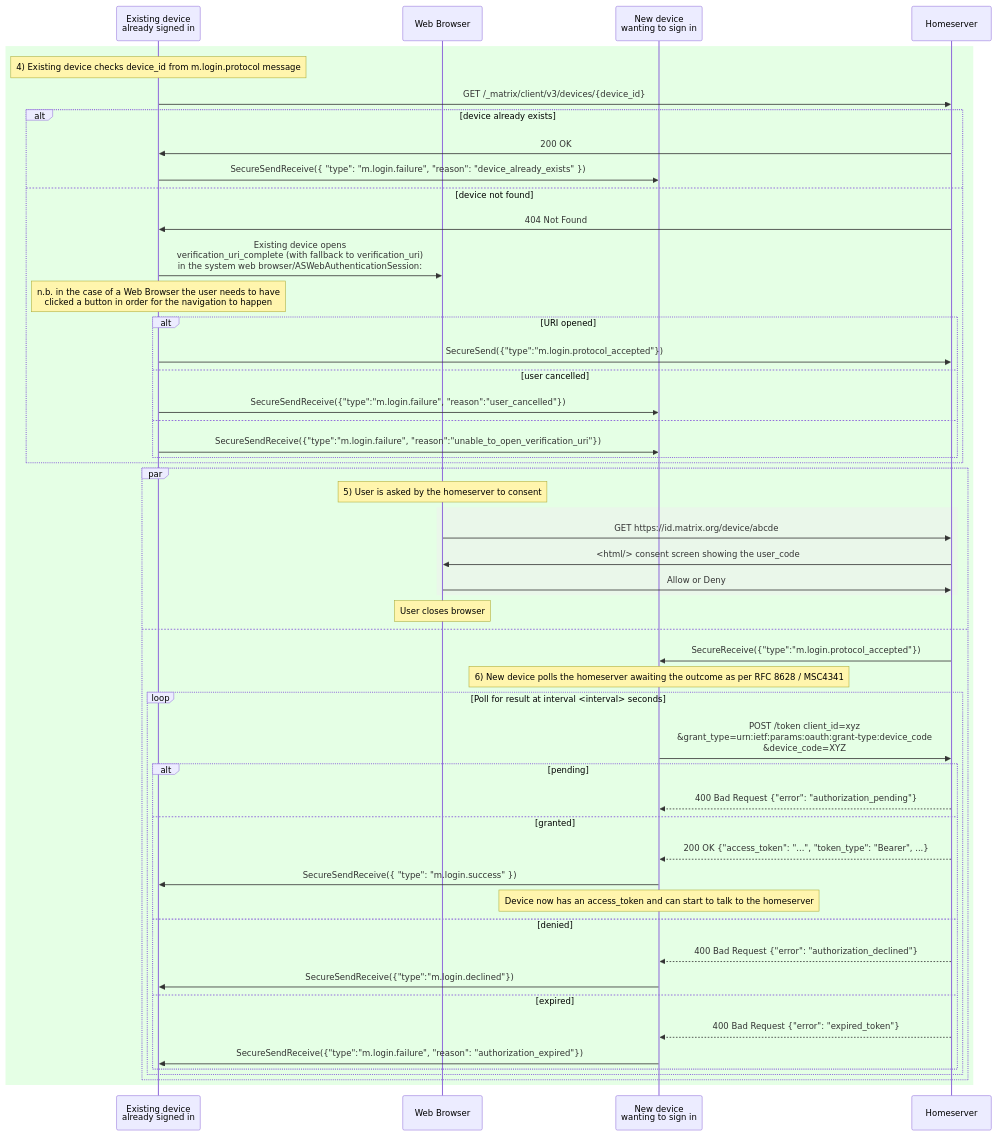
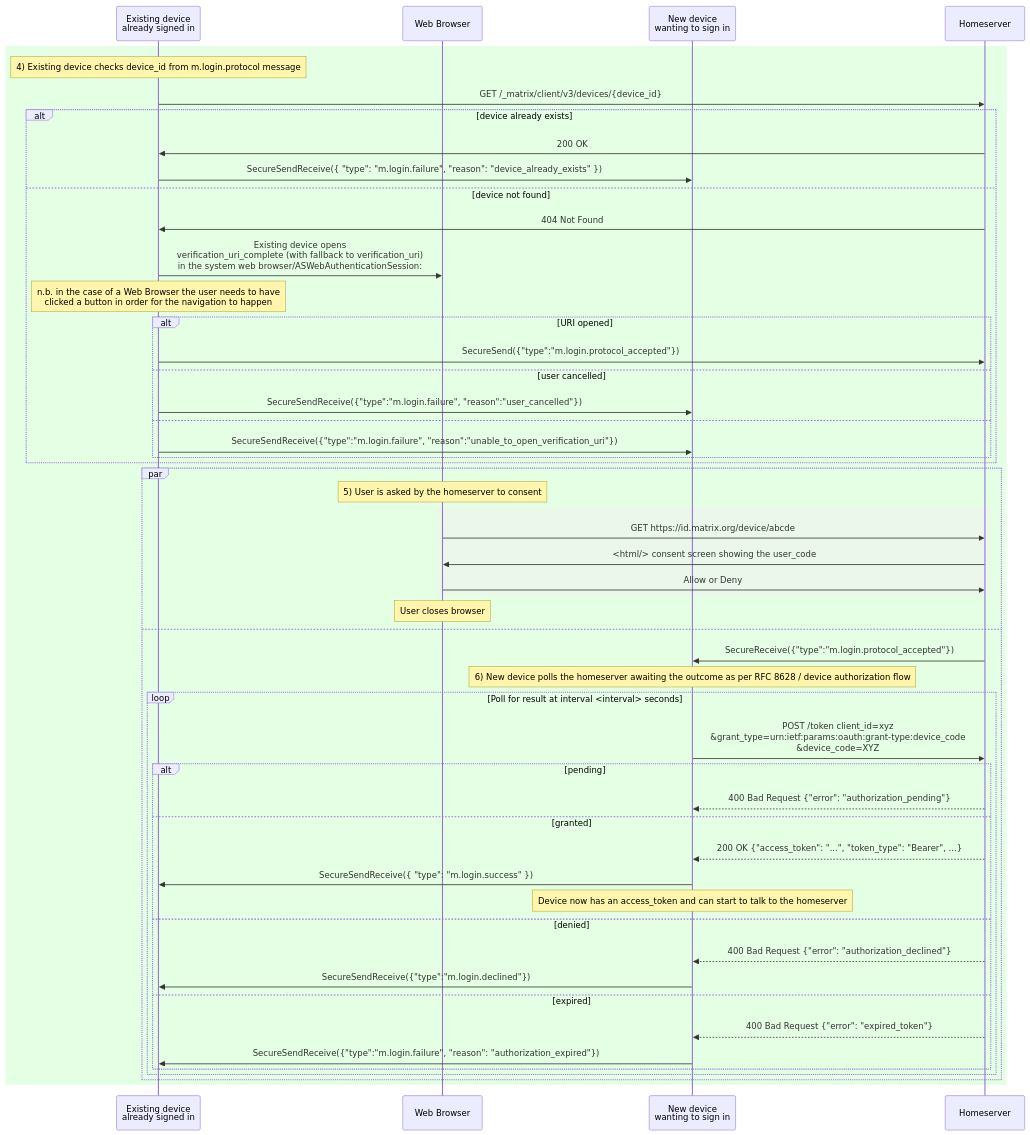
One commit to matrix-org/matrix-spec-proposals changed the fourth of 5 diagrams in proposals/4108-oidc-qr-login.md. Above: the diagram before and after it, drawn with Mermaid. The commit also changed other lines of this file, not shown here.

Commit message:
MSC4341 has been merged an device authorization flow is in the spec

````diff
--- a/proposals/4108-oidc-qr-login.md
+++ b/proposals/4108-oidc-qr-login.md
@@ -459,55 +459,55 @@
 ```mermaid
 sequenceDiagram
     participant E as Existing device <br>already signed in
     participant UA as Web Browser
     participant N as New device <br>wanting to sign in
     participant HS as Homeserver
 
     rect rgba(0,255,0, 0.1)
         note over E: 4) Existing device checks device_id from m.login.protocol message
         E->>HS: GET /_matrix/client/v3/devices/{device_id}
         alt device already exists
             HS->>E: 200 OK
             E->>N: SecureSendReceive({ "type": "m.login.failure", "reason": "device_already_exists" })
         else device not found
             HS->>E: 404 Not Found
             E->>UA: Existing device opens <br>verification_uri_complete (with fallback to verification_uri)<br> in the system web browser/ASWebAuthenticationSession:
             Note over E: n.b. in the case of a Web Browser the user needs to have<br> clicked a button in order for the navigation to happen
             alt URI opened
                 E->>HS: SecureSend({"type":"m.login.protocol_accepted"})
             else user cancelled
                 E->>N: SecureSendReceive({"type":"m.login.failure", "reason":"user_cancelled"})
             else
                 E->>N: SecureSendReceive({"type":"m.login.failure", "reason":"unable_to_open_verification_uri"})
             end
         end
         par
             Note over UA: 5) User is asked by the homeserver to consent
             rect rgba(240,240,240,0.5)
                 UA->>HS: GET https://id.matrix.org/device/abcde
                 HS->>UA: <html/> consent screen showing the user_code
                 UA->>HS: Allow or Deny
             end
             Note over UA: User closes browser
         and
             HS->>N: SecureReceive({"type":"m.login.protocol_accepted"})
-        note over N: 6) New device polls the homeserver awaiting the outcome as per RFC 8628 / MSC4341
+        note over N: 6) New device polls the homeserver awaiting the outcome as per RFC 8628 / device authorization flow
             loop Poll for result at interval <interval> seconds
                 N->>HS: POST /token client_id=xyz<br>&grant_type=urn:ietf:params:oauth:grant-type:device_code<br>&device_code=XYZ
                 alt pending
                     HS-->>N: 400 Bad Request {"error": "authorization_pending"}
                 else granted
                     HS-->>N: 200 OK {"access_token": "...", "token_type": "Bearer", ...}
                     N->>E: SecureSendReceive({ "type": "m.login.success" })
                     Note over N: Device now has an access_token and can start to talk to the homeserver
                 else denied
                     HS-->>N: 400 Bad Request {"error": "authorization_declined"}
                     N->>E: SecureSendReceive({"type":"m.login.declined"})
                 else expired
                     HS-->>N: 400 Bad Request {"error": "expired_token"}
                     N->>E: SecureSendReceive({"type":"m.login.failure", "reason": "authorization_expired"})
                 end
             end
         end
     end
 ```
````
